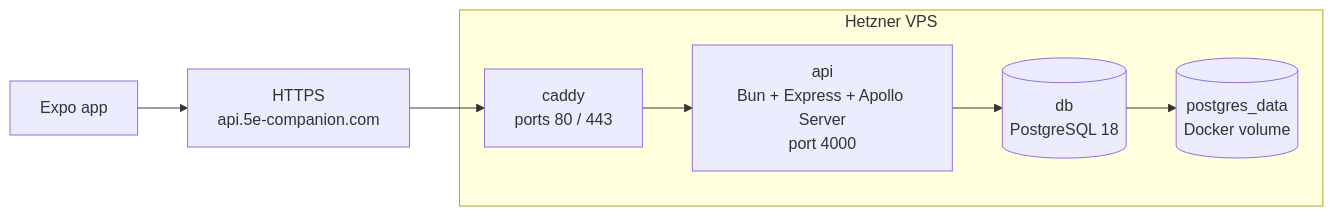
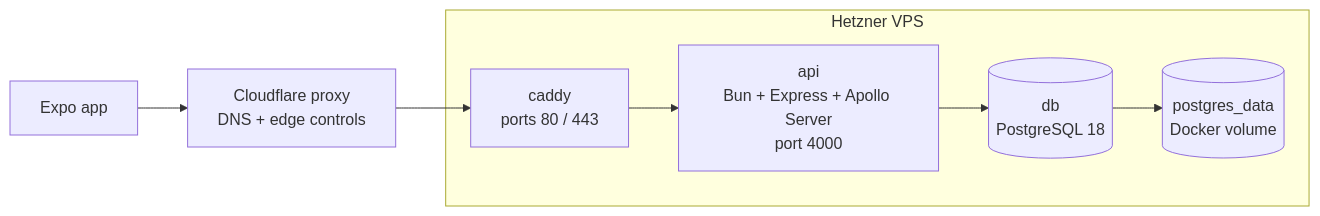
One commit to tedleahy/5e-companion changed the diagram in docs/deployment.md. Above: the diagram before and after it, drawn with Mermaid. The commit also changed other lines of this file, not shown here.

````diff
--- a/docs/deployment.md
+++ b/docs/deployment.md
@@ -7,17 +7,17 @@
 ```mermaid
 flowchart LR
     mobile["Expo app"]
-    internet["HTTPS<br/>api.5e-companion.com"]
+    cloudflare["Cloudflare proxy<br/>DNS + edge controls"]
 
     subgraph vps["Hetzner VPS"]
         caddy["caddy<br/>ports 80 / 443"]
         api["api<br/>Bun + Express + Apollo Server<br/>port 4000"]
         db[("db<br/>PostgreSQL 18")]
         volume[("postgres_data<br/>Docker volume")]
     end
 
-    mobile --> internet --> caddy
+    mobile --> cloudflare --> caddy
     caddy --> api
     api --> db
     db --> volume
 ```
````
